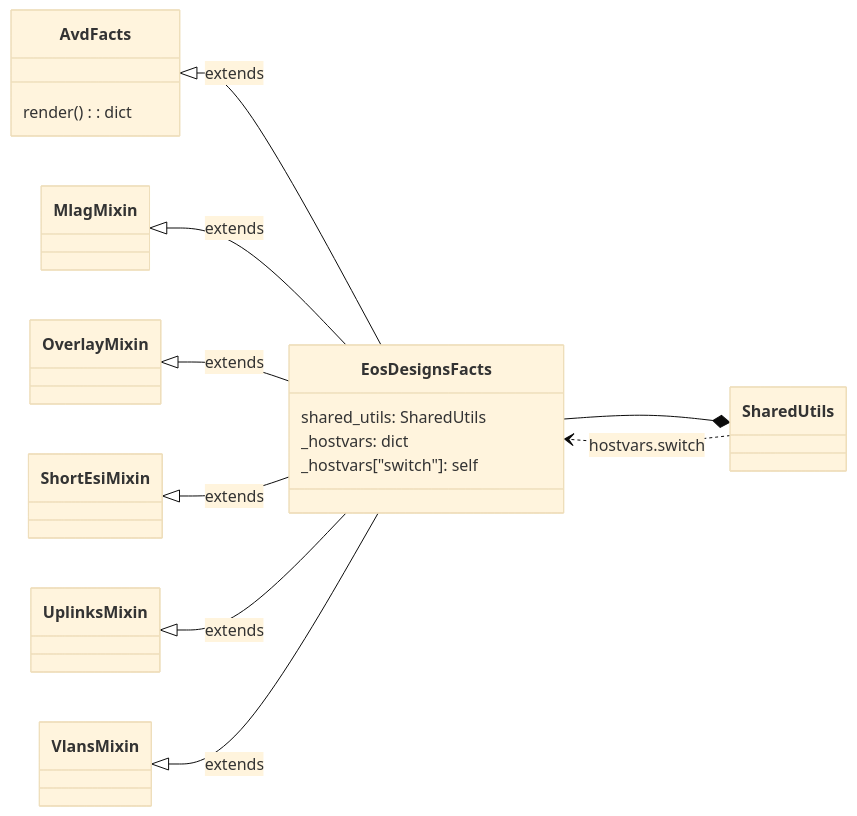
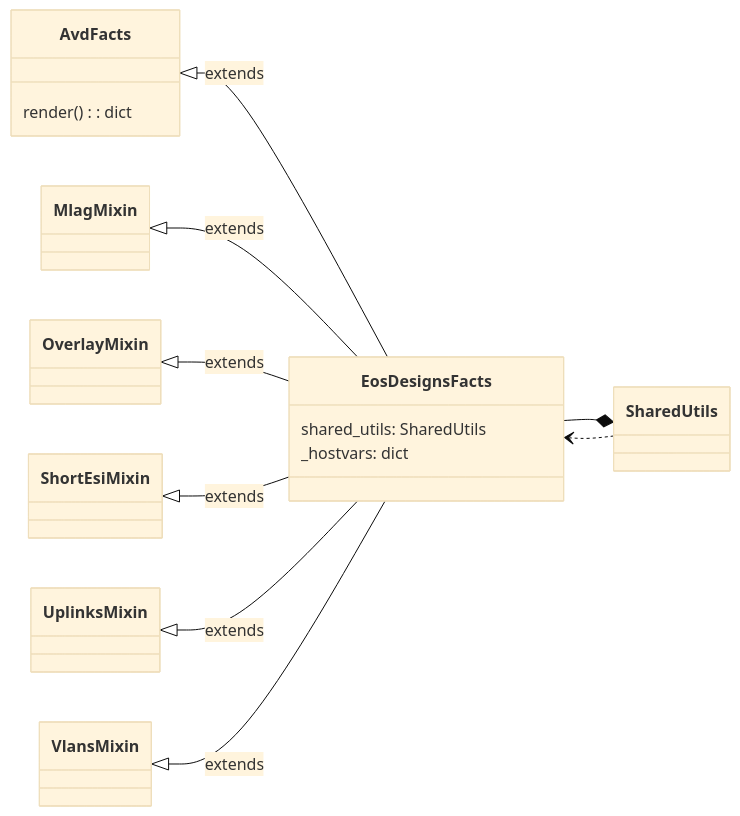
One commit to cnoel490/literate-journey changed the third of 5 diagrams in docs/contribution/eos_designs_internal_notes.md. Above: the diagram before and after it, drawn with Mermaid (base theme). The commit also changed other lines of this file and 19 other files, not shown here.

Commit message:
Cut(eos_designs)!: Remove support for `switch.*` in templates (#5936)

````diff
--- a/docs/contribution/eos_designs_internal_notes.md
+++ b/docs/contribution/eos_designs_internal_notes.md
@@ -130,26 +128,25 @@
 ```mermaid
 classDiagram
   direction LR
   class AvdFacts{
     render(): dict
   }
   class EosDesignsFacts{
     shared_utils: SharedUtils
     _hostvars: dict
-    _hostvars["switch"]: self
   }
   class MlagMixin
   class OverlayMixin
   class ShortEsiMixin
   class UplinksMixin
   class VlansMixin
   class SharedUtils
   AvdFacts <|-- EosDesignsFacts : extends
   MlagMixin <|-- EosDesignsFacts : extends
   OverlayMixin <|-- EosDesignsFacts : extends
   ShortEsiMixin <|-- EosDesignsFacts : extends
   UplinksMixin <|-- EosDesignsFacts : extends
   VlansMixin <|-- EosDesignsFacts : extends
   EosDesignsFacts --* SharedUtils
-  SharedUtils ..> EosDesignsFacts : hostvars.switch
+  SharedUtils ..> EosDesignsFacts
 ```
````
